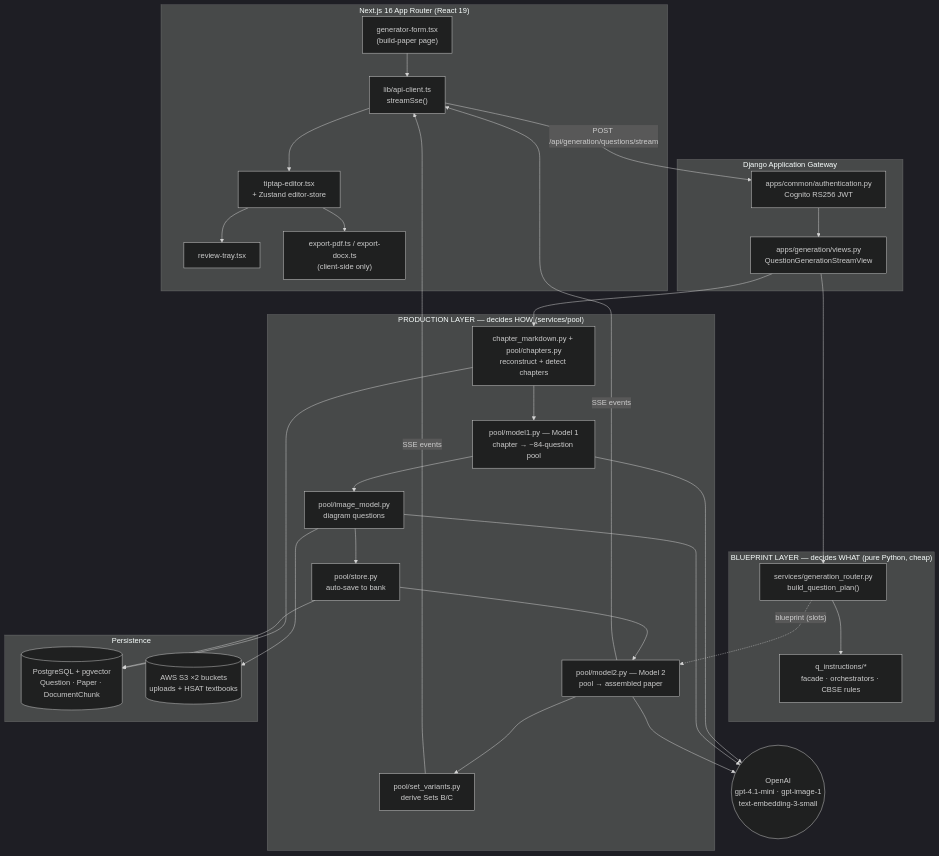
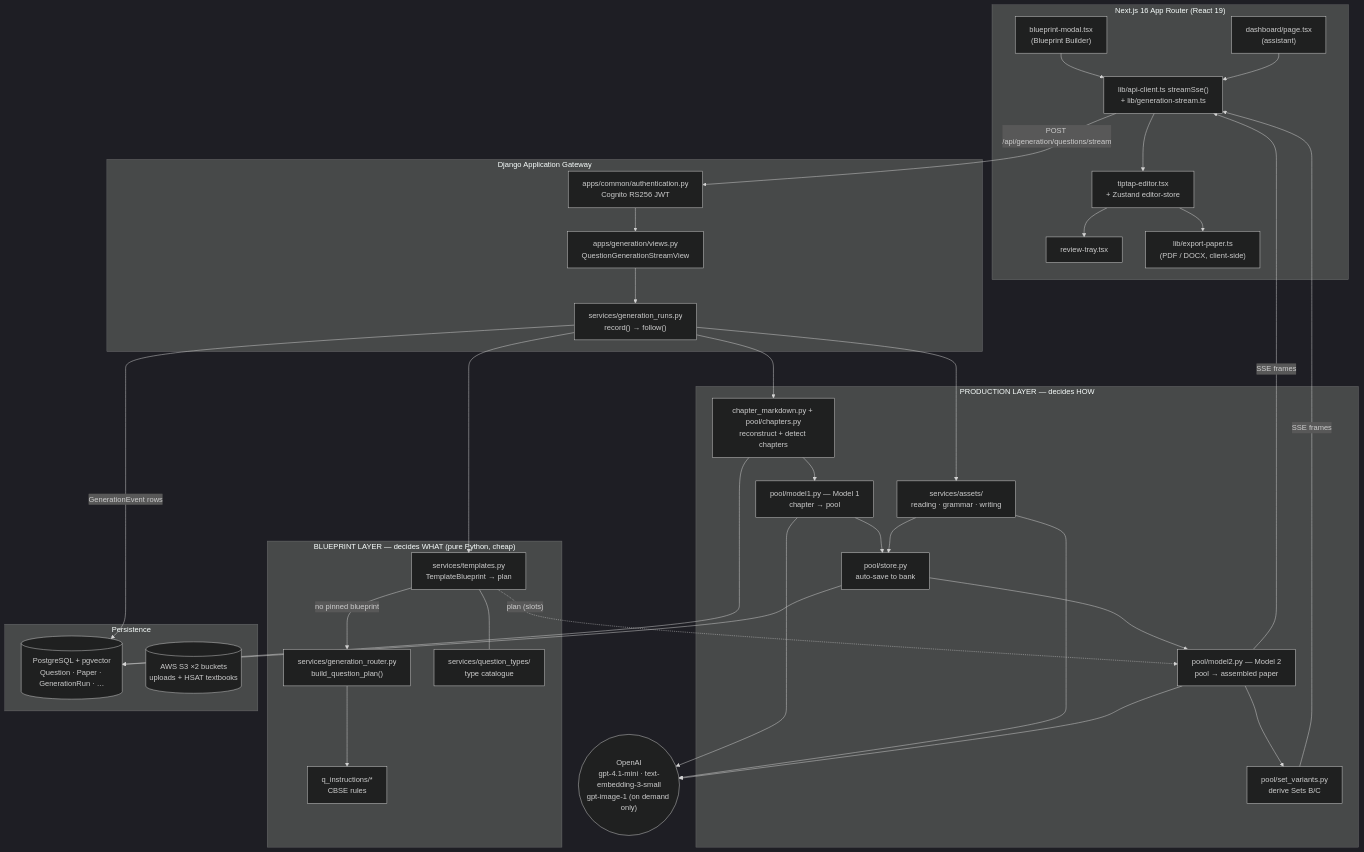
One commit to Paardhu22/qp-gen changed the first of 16 diagrams in README.md. Above: the diagram before and after it, drawn with Mermaid (dark theme). The commit also changed other lines of this file, not shown here.

````diff
--- a/README.md
+++ b/README.md
@@ -84,51 +117,61 @@
 ```mermaid
 flowchart TB
     subgraph Client["Next.js 16 App Router (React 19)"]
-        GF["generator-form.tsx<br/>(build-paper page)"]
-        SSE_C["lib/api-client.ts<br/>streamSse()"]
+        BB["blueprint-modal.tsx<br/>(Blueprint Builder)"]
+        CHAT["dashboard/page.tsx<br/>(assistant)"]
+        SSE_C["lib/api-client.ts streamSse()<br/>+ lib/generation-stream.ts"]
         ED["tiptap-editor.tsx<br/>+ Zustand editor-store"]
         RT["review-tray.tsx"]
-        EX["export-pdf.ts / export-docx.ts<br/>(client-side only)"]
+        EX["lib/export-paper.ts<br/>(PDF / DOCX, client-side)"]
     end
 
     subgraph Gateway["Django Application Gateway"]
         AUTH["apps/common/authentication.py<br/>Cognito RS256 JWT"]
         VIEW["apps/generation/views.py<br/>QuestionGenerationStreamView"]
+        RUNS["services/generation_runs.py<br/>record() → follow()"]
     end
 
     subgraph Blueprint["BLUEPRINT LAYER — decides WHAT (pure Python, cheap)"]
+        TPL["services/templates.py<br/>TemplateBlueprint → plan"]
         ROUTER["services/generation_router.py<br/>build_question_plan()"]
-        QINST["q_instructions/*<br/>facade · orchestrators · CBSE rules"]
+        QINST["q_instructions/*<br/>CBSE rules"]
+        QT["services/question_types/<br/>type catalogue"]
     end
 
-    subgraph Production["PRODUCTION LAYER — decides HOW (services/pool)"]
+    subgraph Production["PRODUCTION LAYER — decides HOW"]
         CH["chapter_markdown.py + pool/chapters.py<br/>reconstruct + detect chapters"]
-        M1["pool/model1.py — Model 1<br/>chapter → ~84-question pool"]
-        IMG["pool/image_model.py<br/>diagram questions"]
+        AS["services/assets/<br/>reading · grammar · writing"]
+        M1["pool/model1.py — Model 1<br/>chapter → pool"]
         STORE["pool/store.py<br/>auto-save to bank"]
         M2["pool/model2.py — Model 2<br/>pool → assembled paper"]
         VAR["pool/set_variants.py<br/>derive Sets B/C"]
     end
 
     subgraph Data["Persistence"]
-        PG[("PostgreSQL + pgvector<br/>Question · Paper · DocumentChunk")]
+        PG[("PostgreSQL + pgvector<br/>Question · Paper · GenerationRun · …")]
         S3[("AWS S3 ×2 buckets<br/>uploads + HSAT textbooks")]
     end
 
-    OAI(("OpenAI<br/>gpt-4.1-mini · gpt-image-1<br/>text-embedding-3-small"))
+    OAI(("OpenAI<br/>gpt-4.1-mini · text-embedding-3-small<br/>gpt-image-1 (on demand only)"))
 
-    GF --> SSE_C -->|"POST /api/generation/questions/stream"| AUTH --> VIEW
-    VIEW --> ROUTER --> QINST
-    VIEW --> CH --> M1 --> IMG --> STORE --> M2 --> VAR
-    ROUTER -.->|"blueprint (slots)"| M2
+    BB --> SSE_C
+    CHAT --> SSE_C
+    SSE_C -->|"POST /api/generation/questions/stream"| AUTH --> VIEW --> RUNS
+    RUNS --> TPL
+    TPL -->|"no pinned blueprint"| ROUTER --> QINST
+    TPL --- QT
+    RUNS --> CH --> M1 --> STORE
+    RUNS --> AS --> STORE
+    STORE --> M2 --> VAR
+    TPL -.->|"plan (slots)"| M2
     CH --> PG
     M1 --> OAI
-    IMG --> OAI
-    IMG --> S3
+    AS --> OAI
+    M2 --> OAI
     STORE --> PG
-    M2 --> OAI
-    VAR -->|"SSE events"| SSE_C
-    M2 -->|"SSE events"| SSE_C
+    RUNS -->|"GenerationEvent rows"| PG
+    VAR -->|"SSE frames"| SSE_C
+    M2 -->|"SSE frames"| SSE_C
     SSE_C --> ED --> RT
     ED --> EX
 ```
````
